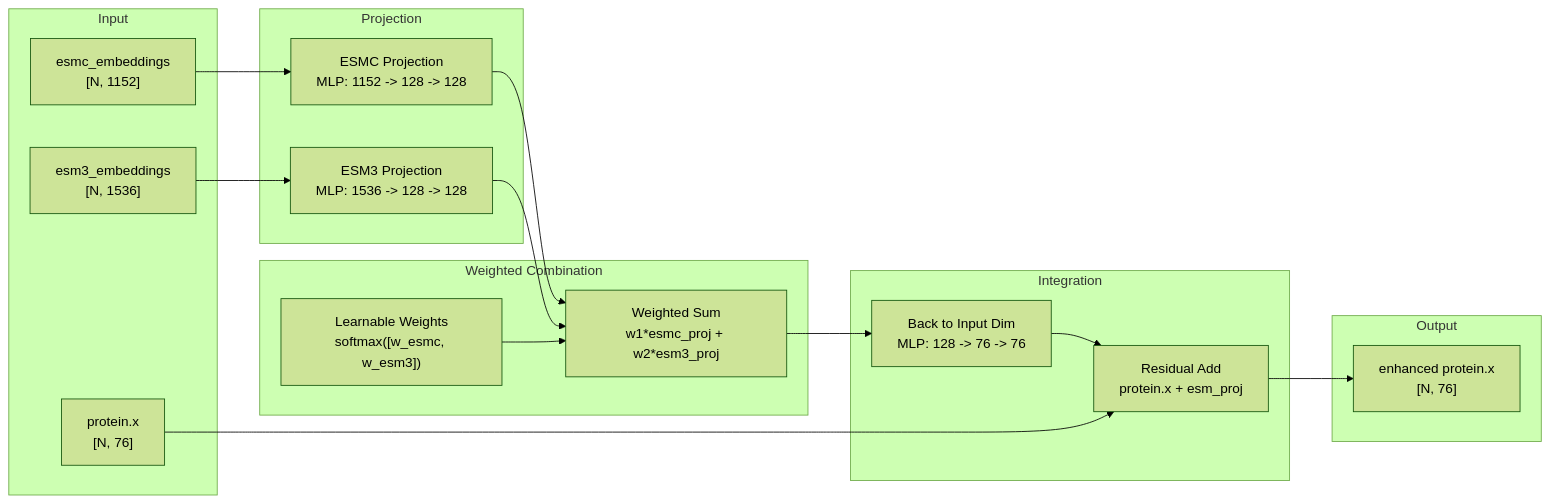
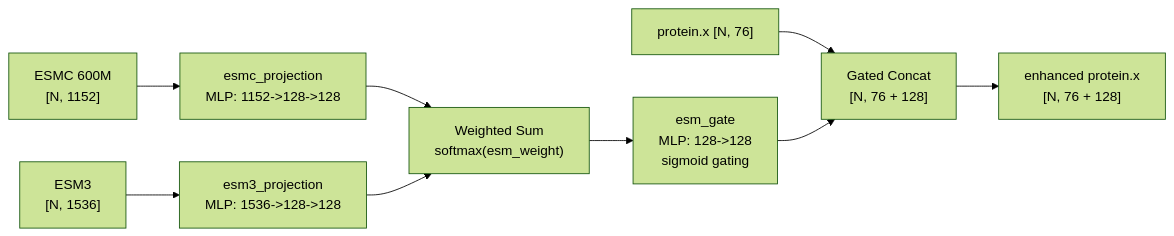
Before and after one commit to eightmm/FlowFix: the fourth of 7 diagrams in docs/ARCHITECTURE.md, drawn with Mermaid (forest theme). The commit also changed other lines of this file and 2 other files, not shown here.

First line of the commit message:
Fix architecture docs to match trained model (joint graph, not cross-attention)

````diff
--- a/docs/ARCHITECTURE.md
+++ b/docs/ARCHITECTURE.md
@@ -316,35 +190,14 @@
 ```mermaid
 flowchart LR
-    subgraph input["Input"]
-        PX["protein.x<br/>[N, 76]"]
-        ESMC["esmc_embeddings<br/>[N, 1152]"]
-        ESM3["esm3_embeddings<br/>[N, 1536]"]
-    end
+    ESMC["ESMC 600M<br/>[N, 1152]"] --> P1["esmc_projection<br/>MLP: 1152->128->128"]
+    ESM3["ESM3<br/>[N, 1536]"] --> P2["esm3_projection<br/>MLP: 1536->128->128"]
 
-    subgraph projection["Projection"]
-        P1["ESMC Projection<br/>MLP: 1152 -> 128 -> 128"]
-        P2["ESM3 Projection<br/>MLP: 1536 -> 128 -> 128"]
-    end
+    P1 --> WS["Weighted Sum<br/>softmax(esm_weight)"]
+    P2 --> WS
 
-    subgraph combine["Weighted Combination"]
-        W["Learnable Weights<br/>softmax([w_esmc, w_esm3])"]
-        WS["Weighted Sum<br/>w1*esmc_proj + w2*esm3_proj"]
-    end
+    WS --> GATE["esm_gate<br/>MLP: 128->128<br/>sigmoid gating"]
 
-    subgraph integrate["Integration"]
-        B2I["Back to Input Dim<br/>MLP: 128 -> 76 -> 76"]
-        RES["Residual Add<br/>protein.x + esm_proj"]
-    end
-
-    ESMC --> P1 --> WS
-    ESM3 --> P2 --> WS
-    W --> WS
-    WS --> B2I --> RES
-    PX --> RES
-
-    subgraph output["Output"]
-        OUT["enhanced protein.x<br/>[N, 76]"]
-    end
-
-    RES --> OUT
+    PX["protein.x [N, 76]"] --> CAT["Gated Concat<br/>[N, 76 + 128]"]
+    GATE --> CAT
+    CAT --> OUT["enhanced protein.x<br/>[N, 76 + 128]"]
 ```
````
